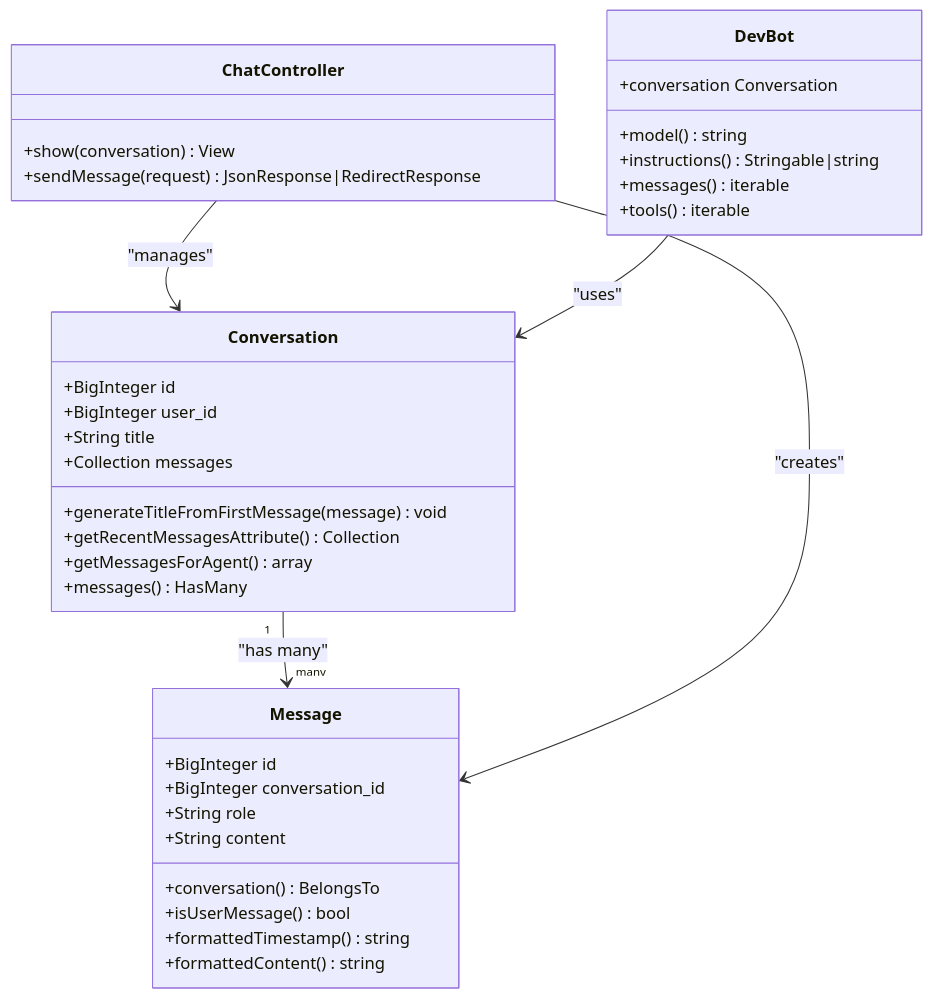
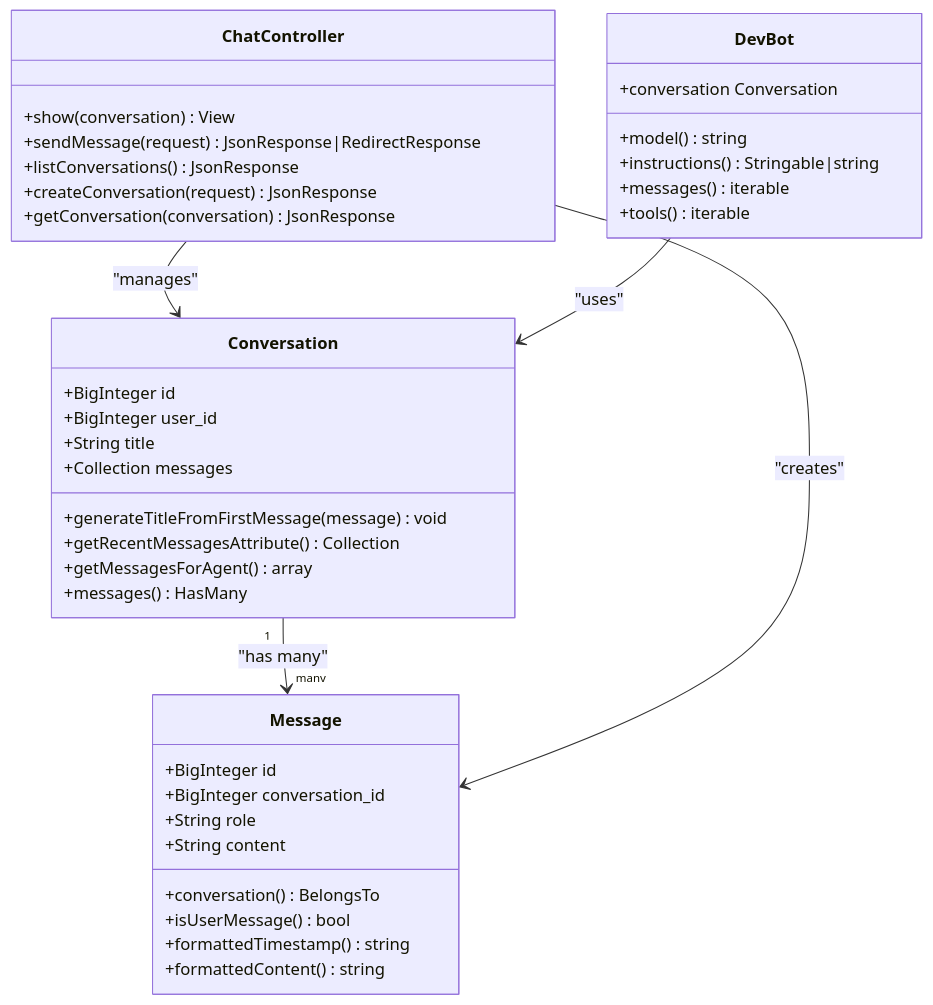
Before and after one commit to siimliimand/laravel-assistant: the second of 8 diagrams in .qoder/repowiki/en/content/Database and Data Management/Conversation Persistence System.md, drawn with Mermaid. The commit also changed other lines of this file and 7 other files, not shown here.

````diff
--- a/.qoder/repowiki/en/content/Database and Data Management/Conversation Persistence System.md
+++ b/.qoder/repowiki/en/content/Database and Data Management/Conversation Persistence System.md
@@ -102,38 +109,41 @@
 ```mermaid
 classDiagram
 class Conversation {
 +BigInteger id
 +BigInteger user_id
 +String title
 +Collection messages
 +generateTitleFromFirstMessage(message) void
 +getRecentMessagesAttribute() Collection
 +getMessagesForAgent() array
 +messages() HasMany
 }
 class Message {
 +BigInteger id
 +BigInteger conversation_id
 +String role
 +String content
 +conversation() BelongsTo
 +isUserMessage() bool
 +formattedTimestamp() string
 +formattedContent() string
 }
 class ChatController {
 +show(conversation) View
 +sendMessage(request) JsonResponse|RedirectResponse
++listConversations() JsonResponse
++createConversation(request) JsonResponse
++getConversation(conversation) JsonResponse
 }
 class DevBot {
 +conversation Conversation
 +model() string
 +instructions() Stringable|string
 +messages() iterable
 +tools() iterable
 }
 Conversation "1" --> "many" Message : "has many"
 ChatController --> Conversation : "manages"
 ChatController --> Message : "creates"
 DevBot --> Conversation : "uses"
 ```
````
